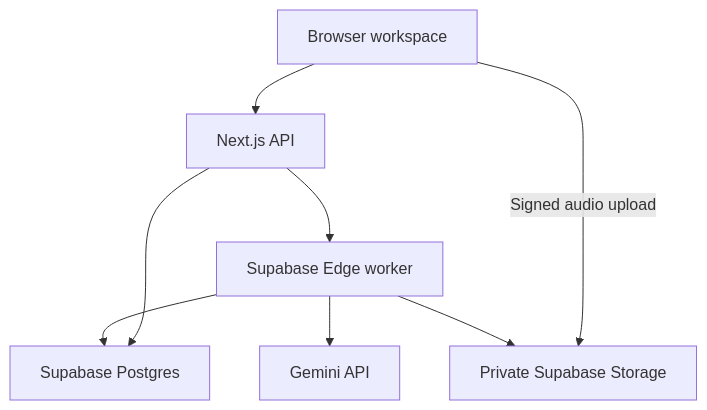
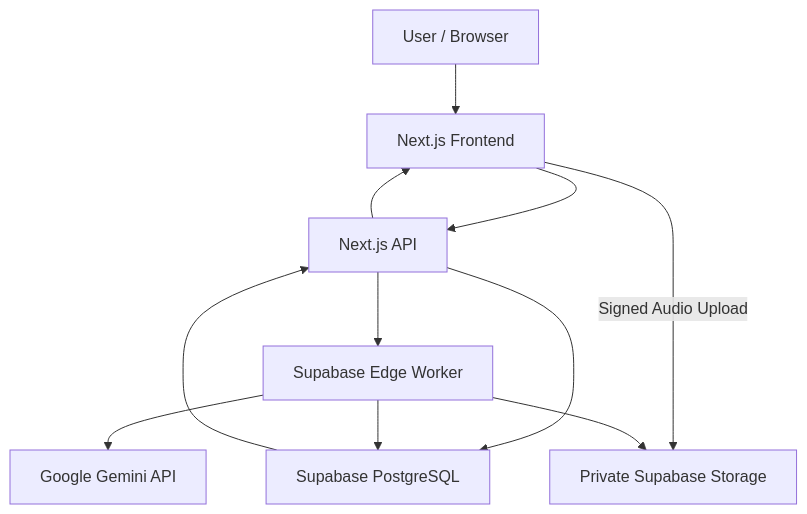
One commit to Tanvir-Anjum011/podwise changed the diagram in README.md. Above: the diagram before and after it, drawn with Mermaid. The commit also changed other lines of this file, not shown here.

````diff
--- a/README.md
+++ b/README.md
@@ -92,10 +168,13 @@
 ```mermaid
 flowchart TD
- B[Browser workspace] --> N[Next.js API]
- B -->|Signed audio upload| S[Private Supabase Storage]
- N --> D[Supabase Postgres]
- N --> W[Supabase Edge worker]
- W --> S
- W --> G[Gemini API]
- W --> D
+    A[User / Browser] --> B[Next.js Frontend]
+    B --> C[Next.js API]
+    B -->|Signed Audio Upload| D[Private Supabase Storage]
+    C --> E[Supabase PostgreSQL]
+    C --> F[Supabase Edge Worker]
+    F --> D
+    F --> G[Google Gemini API]
+    F --> E
+    E --> C
+    C --> B
 ```
````
